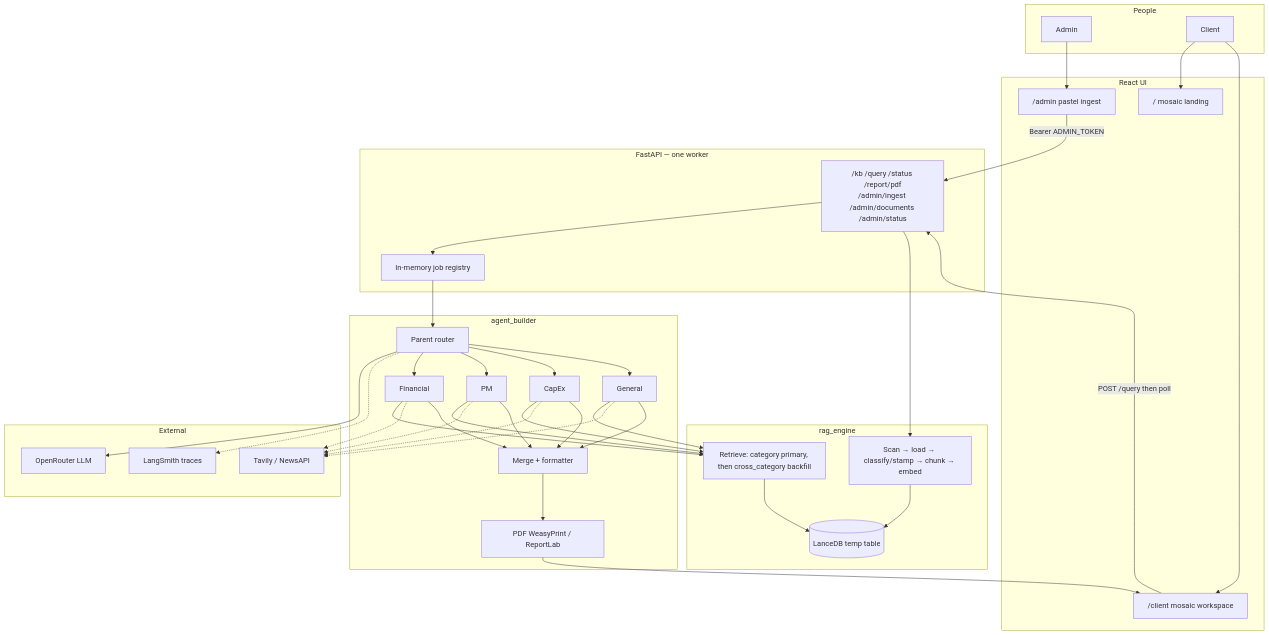
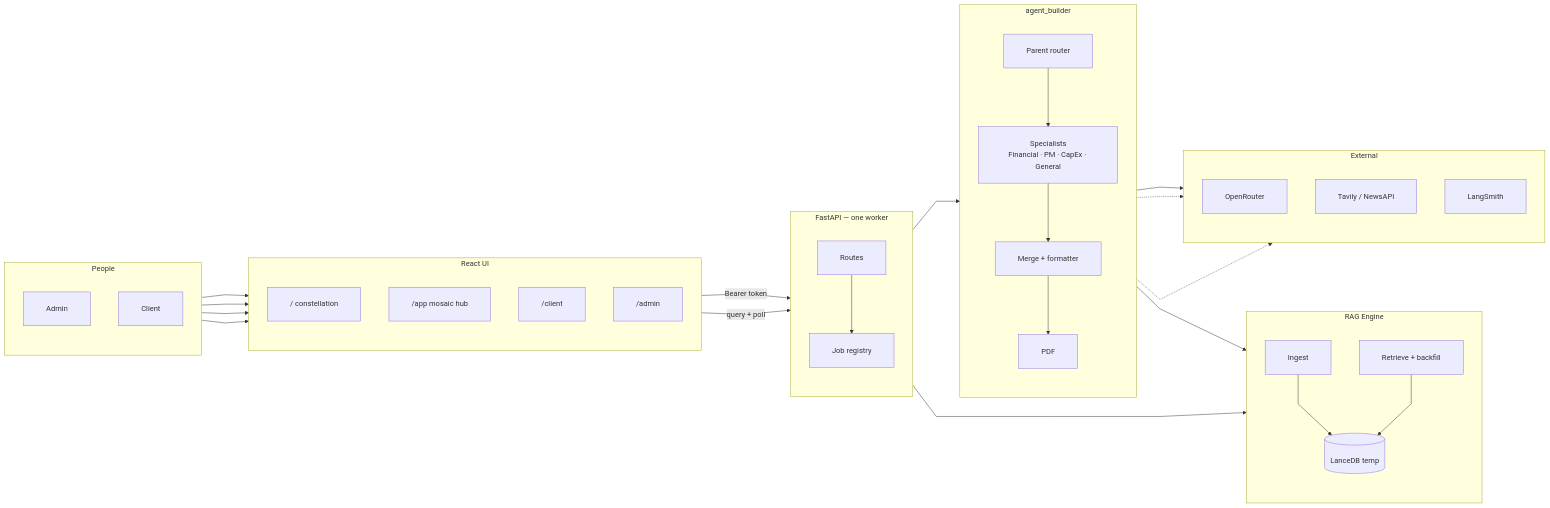
Before and after one commit to parialeauge/outskillai: the first of 3 diagrams in README.md, drawn with Mermaid. The commit also changed other lines of this file and 39 other files, not shown here.

````diff
--- a/README.md
+++ b/README.md
@@ -11,71 +11,64 @@
 ```mermaid
-flowchart TB
-  subgraph users [People]
+%%{init: {"flowchart": {"curve": "linear", "nodeSpacing": 60, "rankSpacing": 100, "padding": 24, "htmlLabels": true}}}%%
+flowchart LR
+  subgraph people [People]
+    direction TB
     AdminUser[Admin]
     ClientUser[Client]
   end
 
   subgraph ui [React UI]
-    Landing["/ mosaic landing"]
-    ClientPage["/client mosaic workspace"]
-    AdminPage["/admin pastel ingest"]
+    direction TB
+    Landing["/ constellation"]
+    AppHub["/app mosaic hub"]
+    ClientPage["/client"]
+    AdminPage["/admin"]
   end
 
   subgraph api [FastAPI — one worker]
-    Routes["/kb /query /status /report/pdf<br/>/admin/ingest /admin/documents /admin/status"]
-    Jobs[In-memory job registry]
+    direction TB
+    Routes[Routes]
+    Jobs[Job registry]
   end
 
-  subgraph rag [rag_engine]
-    Ingest[Scan → load → classify/stamp → chunk → embed]
-    Store[(LanceDB temp table)]
-    Retrieve["Retrieve: category primary, then cross_category backfill"]
+  subgraph rag [RAG Engine]
+    direction TB
+    Ingest[Ingest]
+    Store[(LanceDB temp)]
+    Retrieve[Retrieve + backfill]
   end
 
   subgraph agents [agent_builder]
+    direction TB
     Parent[Parent router]
-    Fin[Financial]
-    PM[PM]
-    CapEx[CapEx]
-    Gen[General]
+    Specs["Specialists<br/>Financial · PM · CapEx · General"]
     Merge[Merge + formatter]
-    PDF[PDF WeasyPrint / ReportLab]
+    PDF[PDF]
   end
 
   subgraph ext [External]
-    OpenRouter[OpenRouter LLM]
+    direction TB
+    OpenRouter[OpenRouter]
     LiveWeb[Tavily / NewsAPI]
-    LangSmith[LangSmith traces]
+    LangSmith[LangSmith]
   end
 
   AdminUser --> AdminPage
   ClientUser --> Landing
+  ClientUser --> AppHub
   ClientUser --> ClientPage
-  AdminPage -->|Bearer ADMIN_TOKEN| Routes
-  ClientPage -->|POST /query then poll| Routes
+  AdminPage -->|"Bearer token"| Routes
+  ClientPage -->|"query + poll"| Routes
   Routes --> Jobs
   Routes --> Ingest
   Ingest --> Store
   Jobs --> Parent
+  Parent --> Specs
   Parent --> OpenRouter
   Parent -.-> LangSmith
-  Parent --> Fin
-  Parent --> PM
-  Parent --> CapEx
-  Parent --> Gen
-  Fin --> Retrieve
-  PM --> Retrieve
-  CapEx --> Retrieve
-  Gen --> Retrieve
+  Specs --> Retrieve
   Retrieve --> Store
-  Fin -.-> LiveWeb
-  PM -.-> LiveWeb
-  CapEx -.-> LiveWeb
-  Gen -.-> LiveWeb
-  Fin --> Merge
-  PM --> Merge
-  CapEx --> Merge
-  Gen --> Merge
+  Specs -.-> LiveWeb
+  Specs --> Merge
   Merge --> PDF
-  PDF --> ClientPage
 ```
````
